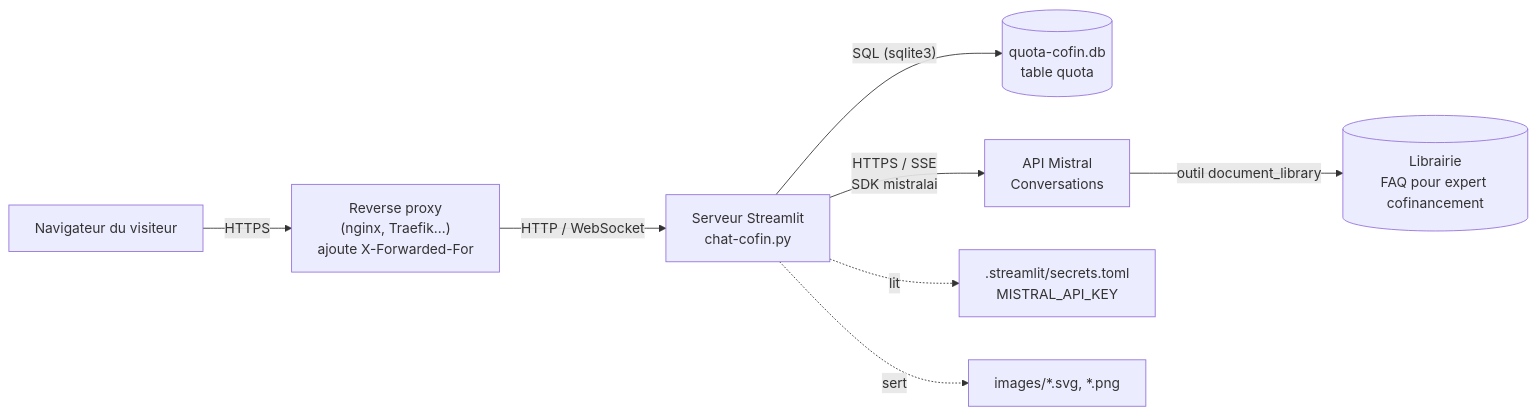
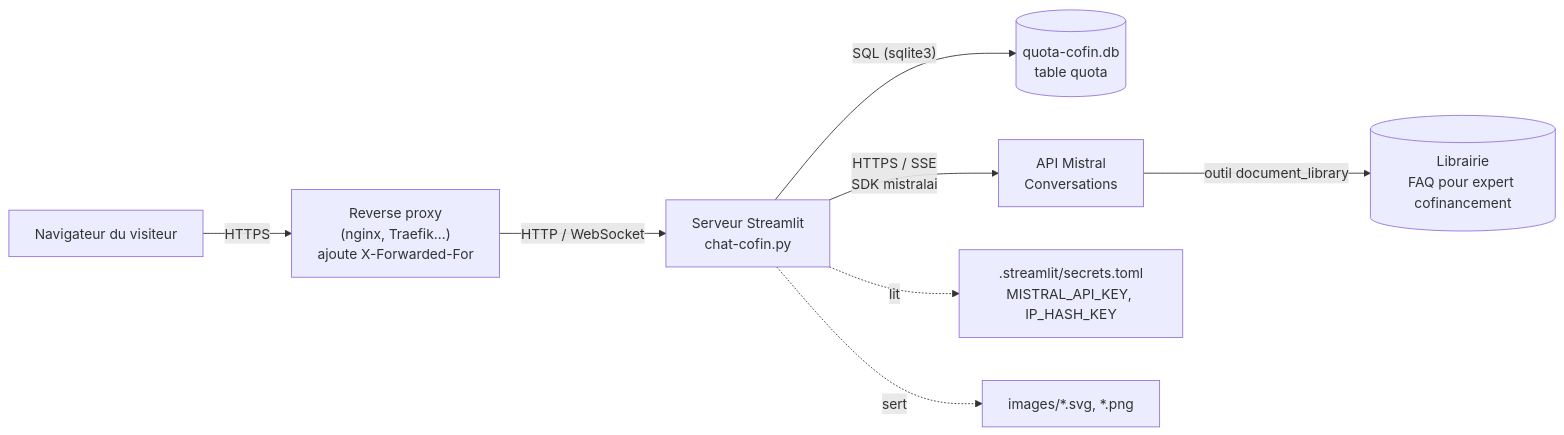
Before and after one commit to fkauffmann/mistral-chats: the third of 9 diagrams in documents/documentation-chat-cofin.md, drawn with Mermaid. The commit also changed other lines of this file and 3 other files, not shown here.

````diff
--- a/documents/documentation-chat-cofin.md
+++ b/documents/documentation-chat-cofin.md
@@ -147,10 +147,10 @@
 ```mermaid
 flowchart LR
     U["Navigateur du visiteur"] -- HTTPS --> P["Reverse proxy<br/>(nginx, Traefik…)<br/>ajoute X-Forwarded-For"]
     P -- "HTTP / WebSocket" --> S["Serveur Streamlit<br/>chat-cofin.py"]
     S -- "SQL (sqlite3)" --> D[("quota-cofin.db<br/>table quota")]
     S -- "HTTPS / SSE<br/>SDK mistralai" --> M["API Mistral<br/>Conversations"]
     M -- "outil document_library" --> L[("Librairie<br/>FAQ pour expert cofinancement")]
-    S -. lit .-> SEC[".streamlit/secrets.toml<br/>MISTRAL_API_KEY"]
+    S -. lit .-> SEC[".streamlit/secrets.toml<br/>MISTRAL_API_KEY, IP_HASH_KEY"]
     S -. sert .-> IMG["images/*.svg, *.png"]
 ```
````
